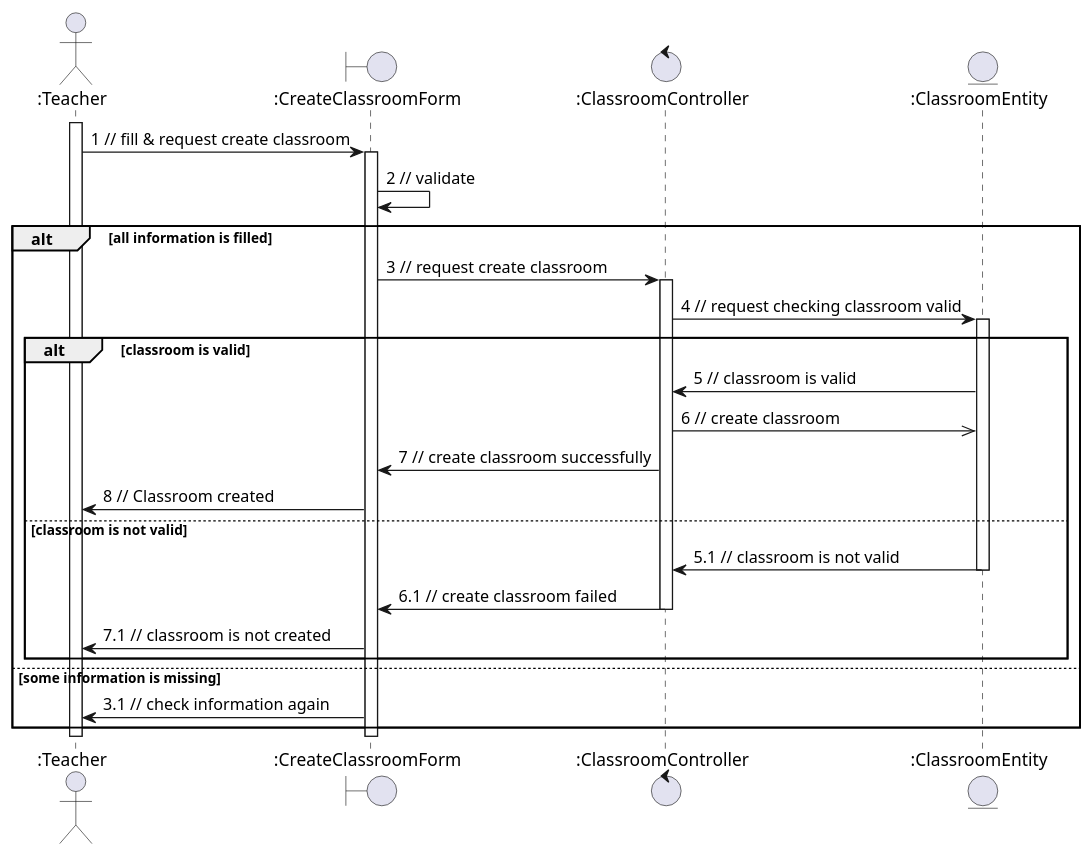
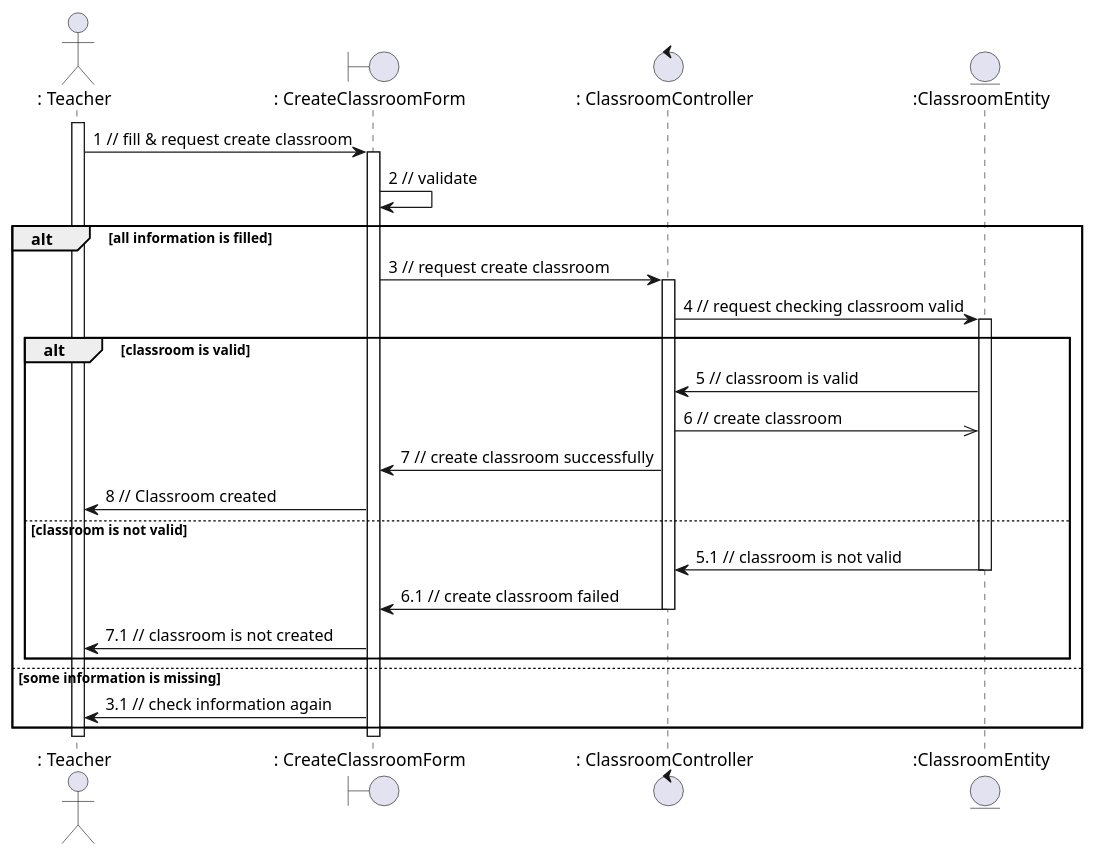
One commit to anonyhostvn/OOAD-Diagram changed the diagram in sequence - analaysis/classroom/createClass.plantuml. Above: the diagram before and after it, drawn with PlantUML. The commit also changed 13 other files, not shown here.

```diff
--- a/sequence - analaysis/classroom/createClass.plantuml
+++ b/sequence - analaysis/classroom/createClass.plantuml
@@ -1,36 +1,36 @@
 @startuml createClass
 
-actor ":Teacher"
-boundary ":CreateClassroomForm"
-control ":ClassroomController"
+actor ": Teacher"
+boundary ": CreateClassroomForm"
+control ": ClassroomController"
 entity ":ClassroomEntity"
 
-activate ":Teacher"
-":Teacher" -> ":CreateClassroomForm": 1 // fill & request create classroom
-activate ":CreateClassroomForm"
-":CreateClassroomForm" -> ":CreateClassroomForm": 2 // validate
+activate ": Teacher"
+": Teacher" -> ": CreateClassroomForm": 1 // fill & request create classroom
+activate ": CreateClassroomForm"
+": CreateClassroomForm" -> ": CreateClassroomForm": 2 // validate
 alt all information is filled
-    ":CreateClassroomForm" -> ":ClassroomController": 3 // request create classroom
-    activate ":ClassroomController"
-    ":ClassroomController" -> ":ClassroomEntity": 4 // request checking classroom valid
+    ": CreateClassroomForm" -> ": ClassroomController": 3 // request create classroom
+    activate ": ClassroomController"
+    ": ClassroomController" -> ":ClassroomEntity": 4 // request checking classroom valid
     activate ":ClassroomEntity"
     alt classroom is valid
-        ":ClassroomEntity" -> ":ClassroomController": 5 // classroom is valid
-        ":ClassroomController" ->> ":ClassroomEntity": 6 // create classroom
-        ":ClassroomController" -> ":CreateClassroomForm": 7 // create classroom successfully
-        ":CreateClassroomForm" -> ":Teacher": 8 // Classroom created
+        ":ClassroomEntity" -> ": ClassroomController": 5 // classroom is valid
+        ": ClassroomController" ->> ":ClassroomEntity": 6 // create classroom
+        ": ClassroomController" -> ": CreateClassroomForm": 7 // create classroom successfully
+        ": CreateClassroomForm" -> ": Teacher": 8 // Classroom created
     else classroom is not valid
-        ":ClassroomEntity" -> ":ClassroomController": 5.1 // classroom is not valid
+        ":ClassroomEntity" -> ": ClassroomController": 5.1 // classroom is not valid
         deactivate ":ClassroomEntity"
-        ":ClassroomController" -> ":CreateClassroomForm": 6.1 // create classroom failed
-        deactivate ":ClassroomController"
-        ":CreateClassroomForm" -> ":Teacher": 7.1 // classroom is not created
+        ": ClassroomController" -> ": CreateClassroomForm": 6.1 // create classroom failed
+        deactivate ": ClassroomController"
+        ": CreateClassroomForm" -> ": Teacher": 7.1 // classroom is not created
     end
 else some information is missing
-    ":CreateClassroomForm" -> ":Teacher": 3.1 // check information again
+    ": CreateClassroomForm" -> ": Teacher": 3.1 // check information again
 end
 
-deactivate ":CreateClassroomForm"
-deactivate ":Teacher"
+deactivate ": CreateClassroomForm"
+deactivate ": Teacher"
 
 @enduml
```
